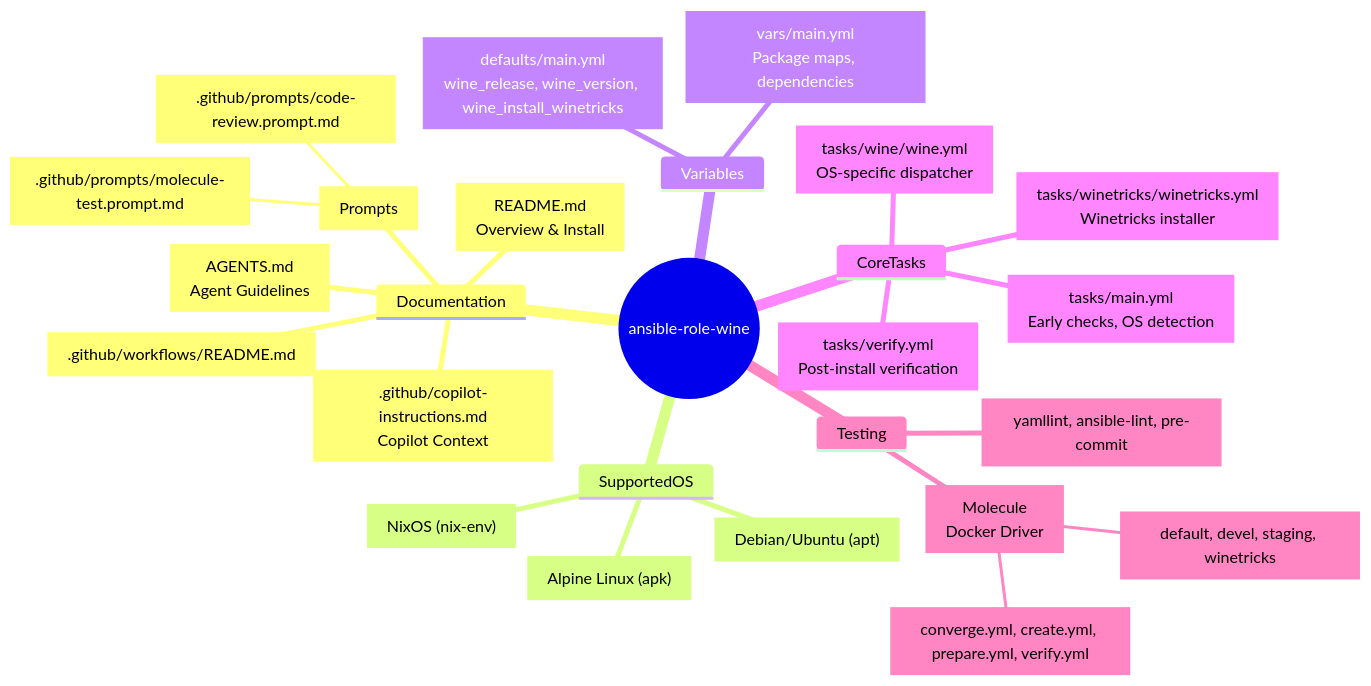
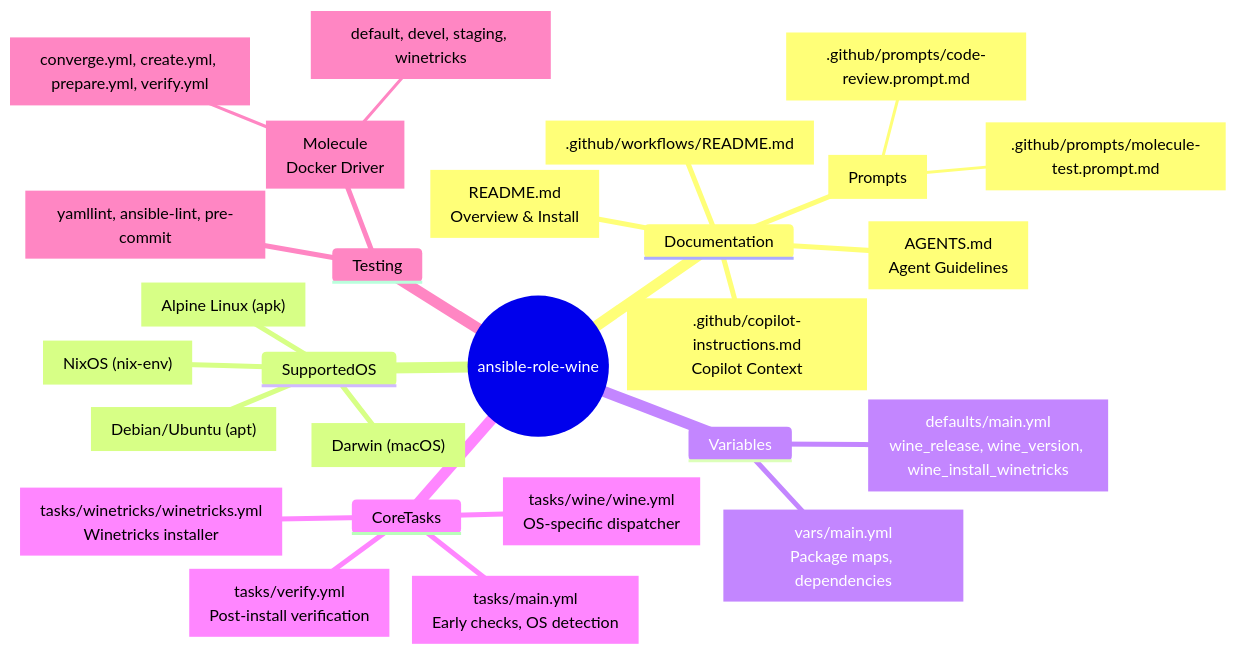
The diagram in docs/FACTS.mmd (EA31337/ansible-role-wine), drawn with Mermaid before and after one commit. The commit also changed 5 other files, not shown here.

```diff
--- a/docs/FACTS.mmd
+++ b/docs/FACTS.mmd
@@ -1,27 +1,28 @@
 mindmap
   root((ansible-role-wine))
     Documentation
       README["README.md<br/>Overview & Install"]
       AGENTS["AGENTS.md<br/>Agent Guidelines"]
       Copilot[".github/copilot-instructions.md<br/>Copilot Context"]
       Prompts["Prompts"]
         MoleculePrompt[".github/prompts/molecule-test.prompt.md"]
         CodeReviewPrompt[".github/prompts/code-review.prompt.md"]
       Workflows[".github/workflows/README.md"]
     SupportedOS
       Alpine["Alpine Linux (apk)"]
+      Darwin["Darwin (macOS)"]
       Debian["Debian/Ubuntu (apt)"]
       NixOS["NixOS (nix-env)"]
     Variables
       Public["defaults/main.yml<br/>wine_release, wine_version, wine_install_winetricks"]
       Internal["vars/main.yml<br/>Package maps, dependencies"]
     CoreTasks
       Main["tasks/main.yml<br/>Early checks, OS detection"]
       Wine["tasks/wine/wine.yml<br/>OS-specific dispatcher"]
       Winetricks["tasks/winetricks/winetricks.yml<br/>Winetricks installer"]
       Verify["tasks/verify.yml<br/>Post-install verification"]
     Testing
       Molecule["Molecule<br/>Docker Driver"]
         Scenarios["default, devel, staging, winetricks"]
         Playbooks["converge.yml, create.yml, prepare.yml, verify.yml"]
       Linters["yamllint, ansible-lint, pre-commit"]
```
